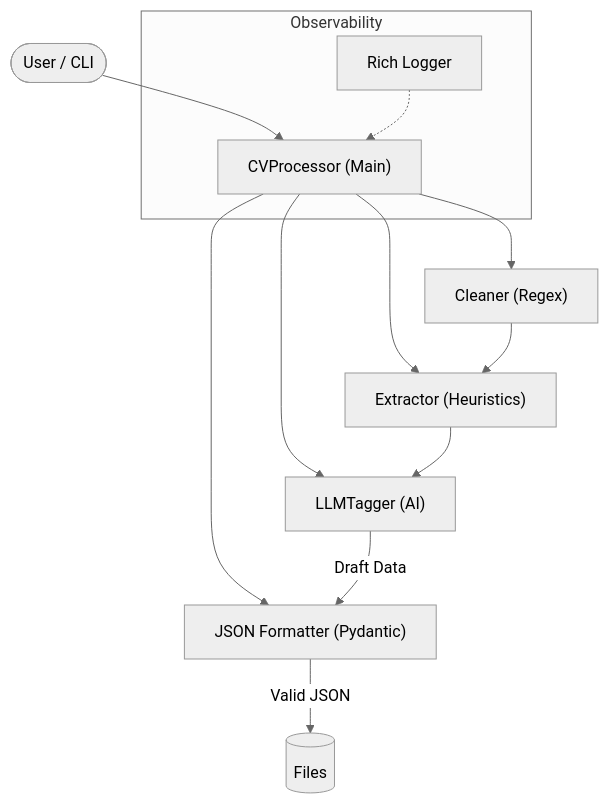
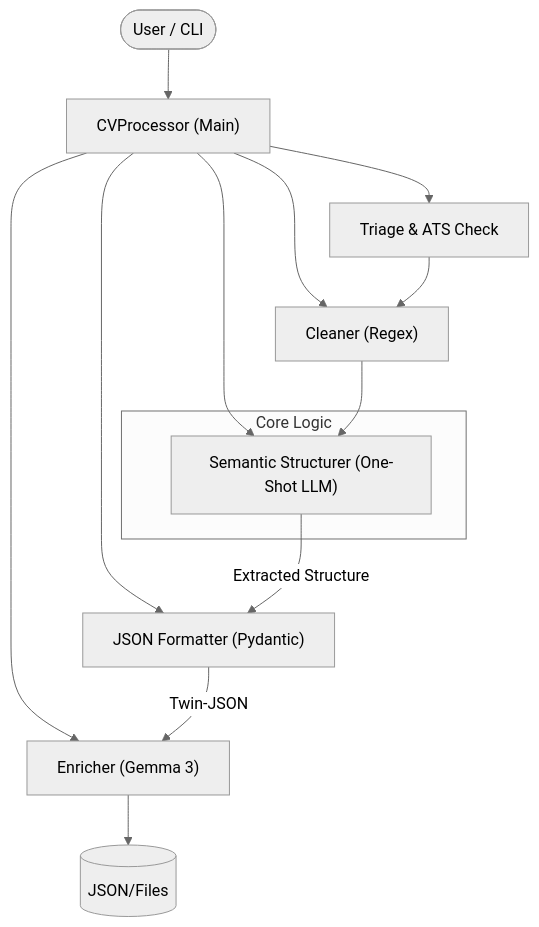
The diagram in README.md (ssolis-ti/CV-Manaiger), drawn with Mermaid (neutral theme) before and after one commit. The commit also changed other lines of this file and 12 other files, not shown here.

````diff
--- a/README.md
+++ b/README.md
@@ -105,17 +105,19 @@
 ```mermaid
 graph TD
     User(["User / CLI"]) --> Facade["CVProcessor (Main)"]
+    Facade --> Triage["Triage & ATS Check"]
     Facade --> ETL_Clean["Cleaner (Regex)"]
-    Facade --> ETL_Split["Extractor (Heuristics)"]
-    Facade --> Brain["LLMTagger (AI)"]
+    Facade --> Brain["Semantic Structurer (One-Shot LLM)"]
     Facade --> Format["JSON Formatter (Pydantic)"]
+    Facade --> Enrich["Enricher (Gemma 3)"]
     
-    ETL_Clean --> ETL_Split
-    ETL_Split --> Brain
-    Brain -->|Draft Data| Format
-    Format -->|Valid JSON| Output[("Files")]
-    
-    subgraph Observability
-    Logger["Rich Logger"] -.-> Facade
+    Triage --> ETL_Clean
+    ETL_Clean --> Brain
+    Brain -->|Extracted Structure| Format
+    Format -->|Twin-JSON| Enrich
+    Enrich --> Output[("JSON/Files")]
+
+    subgraph Core Logic
+    Brain
     end
 ```
````
